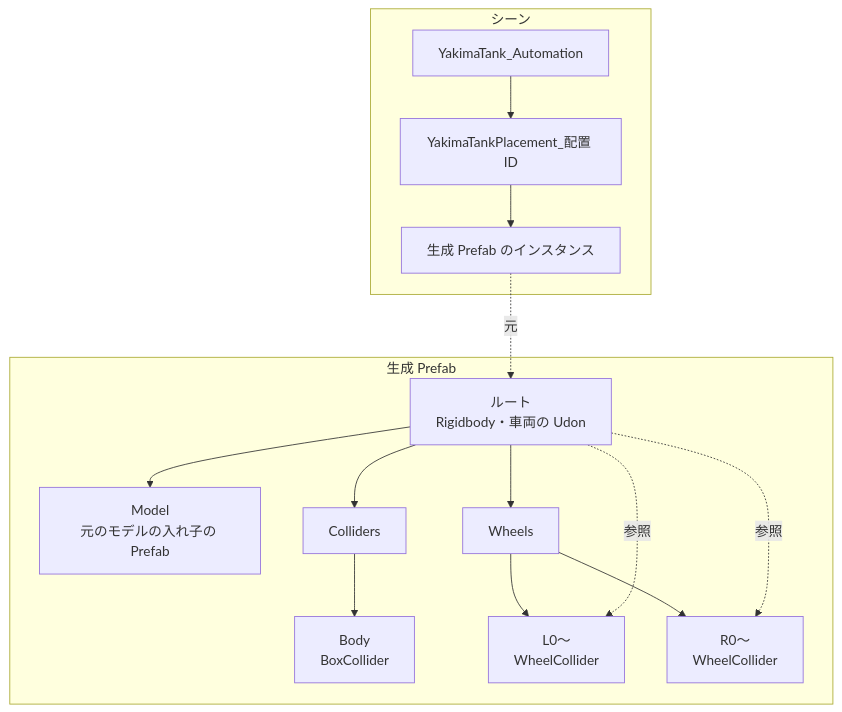
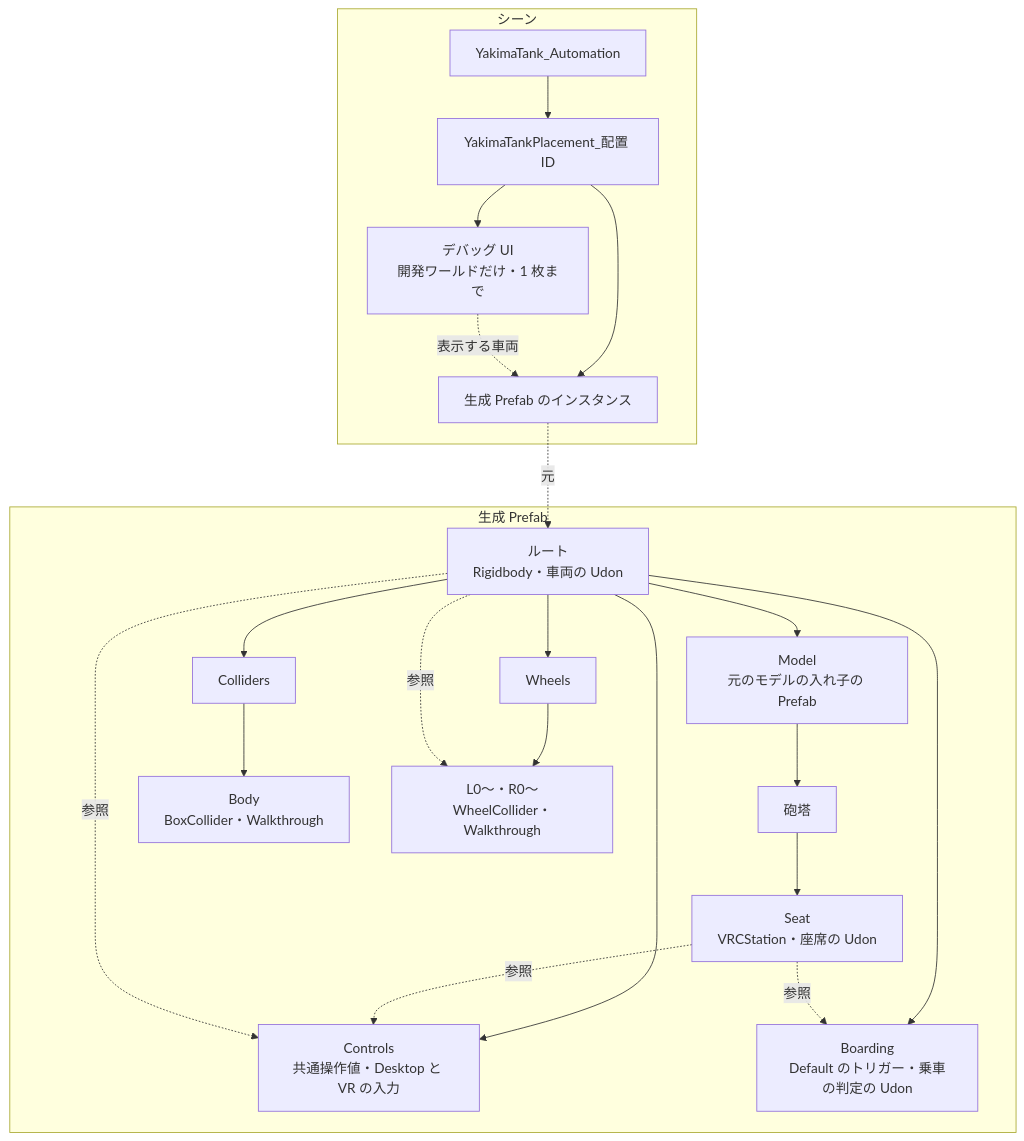
One commit to yakimannzyuu/YakimaTank changed the diagram in Docs/03_Architecture/diagrams/generated-prefab.md. Above: the diagram before and after it, drawn with Mermaid. The commit also changed other lines of this file and 8 other files, not shown here.

Commit message:
Document boarding, controls and the debug panel for 0.2.0

````diff
--- a/Docs/03_Architecture/diagrams/generated-prefab.md
+++ b/Docs/03_Architecture/diagrams/generated-prefab.md
@@ -5,16 +5,22 @@
 ```mermaid
 flowchart TB
   subgraph scene[シーン]
     root[YakimaTank_Automation] --> holder[YakimaTankPlacement_配置 ID]
     holder --> instance[生成 Prefab のインスタンス]
+    holder --> panel[デバッグ UI<br/>開発ワールドだけ・1 枚まで]
   end
   subgraph prefab[生成 Prefab]
     top[ルート<br/>Rigidbody・車両の Udon] --> model[Model<br/>元のモデルの入れ子の Prefab]
-    top --> colliders[Colliders] --> body[Body<br/>BoxCollider]
-    top --> wheels[Wheels] --> left[L0〜<br/>WheelCollider]
-    wheels --> right[R0〜<br/>WheelCollider]
+    model --> turret[砲塔] --> seat[Seat<br/>VRCStation・座席の Udon]
+    top --> colliders[Colliders] --> body[Body<br/>BoxCollider・Walkthrough]
+    top --> wheels[Wheels] --> wheel[L0〜・R0〜<br/>WheelCollider・Walkthrough]
+    top --> controls[Controls<br/>共通操作値・Desktop と VR の入力]
+    top --> boarding[Boarding<br/>Default のトリガー・乗車の判定の Udon]
   end
   instance -.元.-> top
-  top -.参照.-> left
-  top -.参照.-> right
+  panel -.表示する車両.-> instance
+  seat -.参照.-> controls
+  seat -.参照.-> boarding
+  top -.参照.-> wheel
+  top -.参照.-> controls
 ```
````
